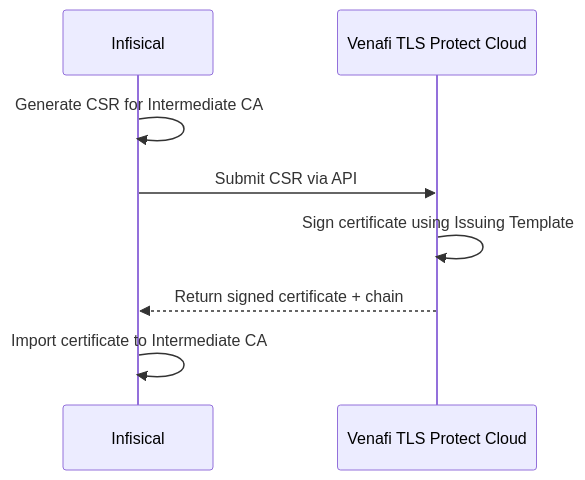
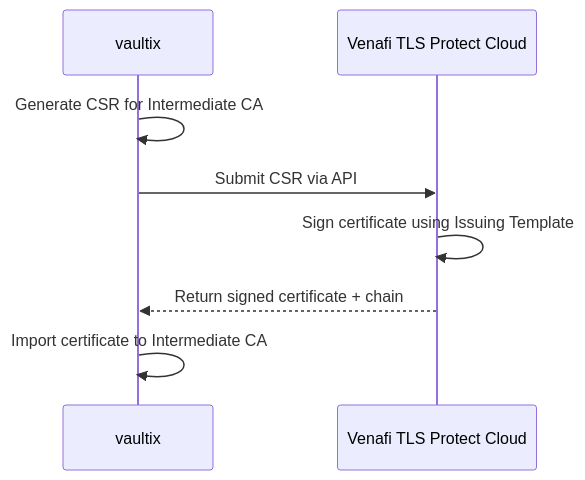
Before and after one commit to shippinAI/vaultix: the diagram in core/docs/documentation/platform/pki/ca/venafi.mdx, drawn with Mermaid. The commit also changed other lines of this file and 1202 other files, not shown here.

````diff
--- a/core/docs/documentation/platform/pki/ca/venafi.mdx
+++ b/core/docs/documentation/platform/pki/ca/venafi.mdx
@@ -15,11 +15,11 @@
 ```mermaid
 sequenceDiagram
-    participant Infisical
+    participant vaultix
     participant Venafi as Venafi TLS Protect Cloud
 
-    Infisical->>Infisical: Generate CSR for Intermediate CA
-    Infisical->>Venafi: Submit CSR via API
+    vaultix->>vaultix: Generate CSR for Intermediate CA
+    vaultix->>Venafi: Submit CSR via API
     Venafi->>Venafi: Sign certificate using Issuing Template
-    Venafi-->>Infisical: Return signed certificate + chain
-    Infisical->>Infisical: Import certificate to Intermediate CA
+    Venafi-->>vaultix: Return signed certificate + chain
+    vaultix->>vaultix: Import certificate to Intermediate CA
 ```
````
